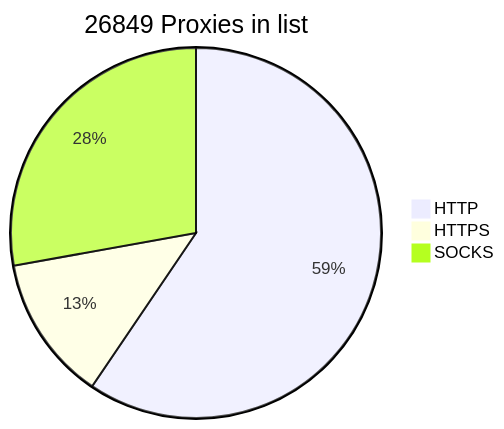
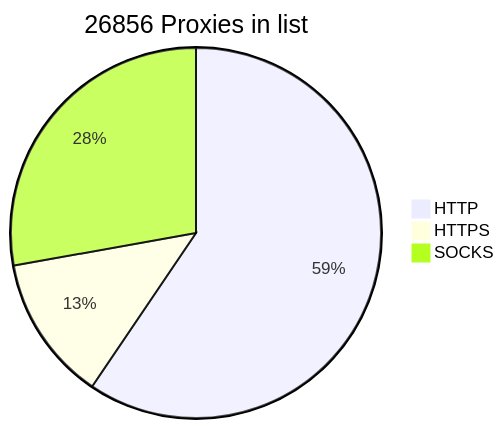
One commit to BlackSnowDot/proxylist-update-every-minute changed the diagram in README.md. Above: the diagram before and after it, drawn with Mermaid. The commit also changed other lines of this file, not shown here.

````diff
--- a/README.md
+++ b/README.md
@@ -2,6 +2,6 @@
 ```mermaid
-pie title 26849 Proxies in list
-    "HTTP" : 17565
-    "HTTPS": 3750
+pie title 26856 Proxies in list
+    "HTTP" : 17569
+    "HTTPS": 3756
     "SOCKS" : 8218
 ```
````
